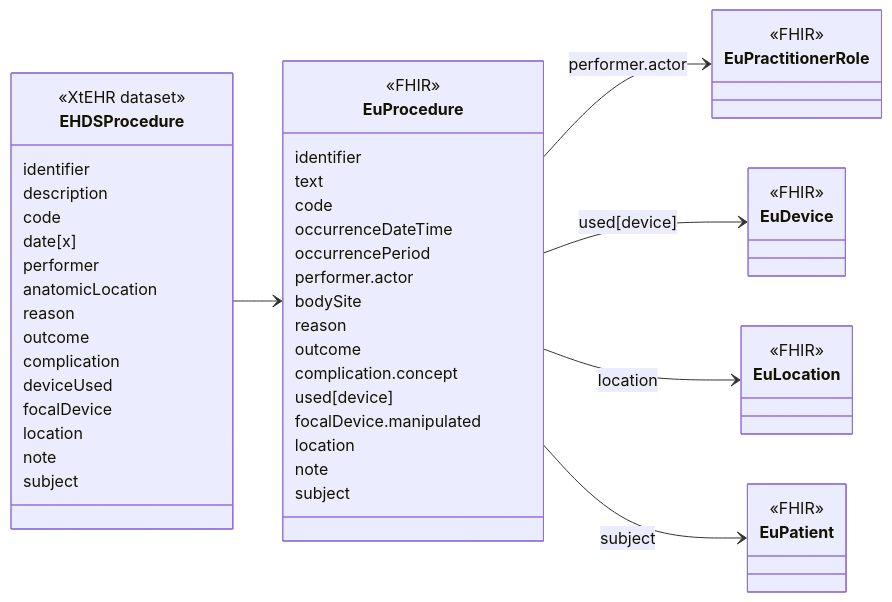
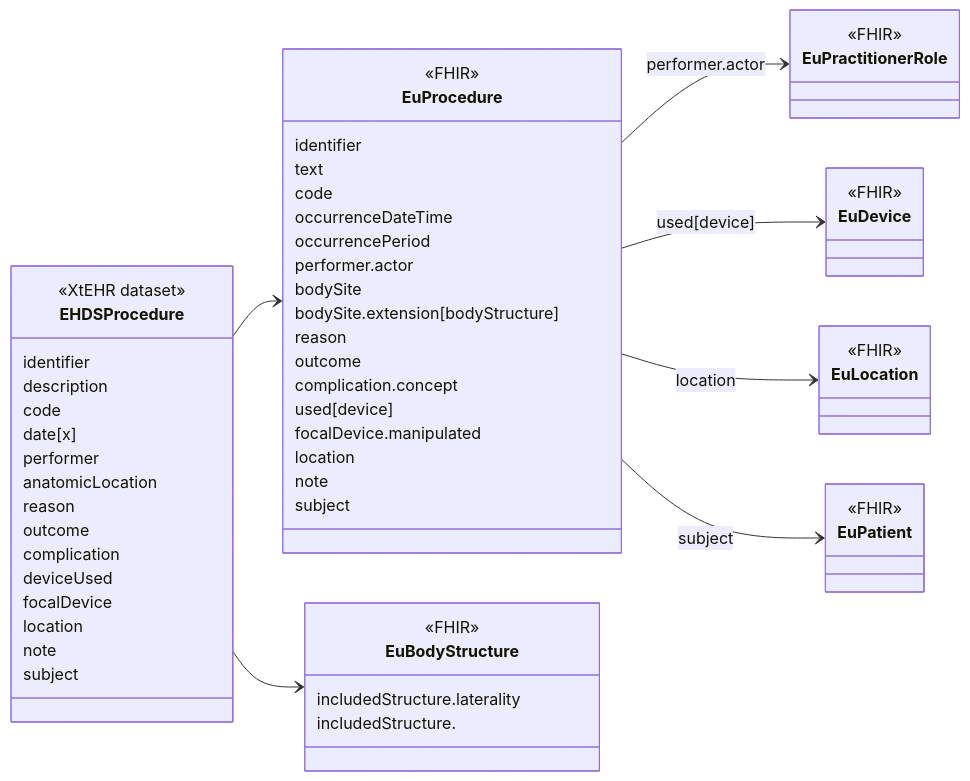
One commit to oijauregui/ehdsimaging changed the diagram in input/intro-notes/ConceptMap-EHDSProcedureMap-intro.md. Above: the diagram before and after it, drawn with Mermaid. The commit also changed 22 other files, not shown here.

````diff
--- a/input/intro-notes/ConceptMap-EHDSProcedureMap-intro.md
+++ b/input/intro-notes/ConceptMap-EHDSProcedureMap-intro.md
@@ -5,58 +5,66 @@
 ```mermaid
 classDiagram
 direction LR
 class EHDSProcedure {
   <<XtEHR dataset>>
   identifier
   description
   code
   date[x]
   performer
   anatomicLocation
   reason
   outcome
   complication
   deviceUsed
   focalDevice
   location
   note
   subject
 }
 link EHDSProcedure "https://build.fhir.org/ig/Xt-EHR/xt-ehr-common/StructureDefinition-EHDSProcedure.html"
 class EuProcedure{
   <<FHIR>>
   identifier
   text
   code
   occurrenceDateTime
   occurrencePeriod
   performer.actor
   bodySite
+  bodySite.extension[bodyStructure]
   reason
   outcome
   complication.concept
   used[device]
   focalDevice.manipulated
   location
   note
   subject
+}
+
+class EuBodyStructure{
+  <<FHIR>>
+  includedStructure.laterality
+  includedStructure.
 }
 
 class EuPractitionerRole {
   <<FHIR>>
 }
 class EuDevice {
   <<FHIR>>
 }
 class EuLocation {
   <<FHIR>>
 }
 class EuPatient {
   <<FHIR>>
 }
 EHDSProcedure --> EuProcedure
 EuProcedure --> EuPractitionerRole : performer.actor
 EuProcedure --> EuDevice : used[device]
 EuProcedure --> EuLocation : location
 EuProcedure --> EuPatient : subject
+EHDSProcedure --> EuBodyStructure
 ```
````
